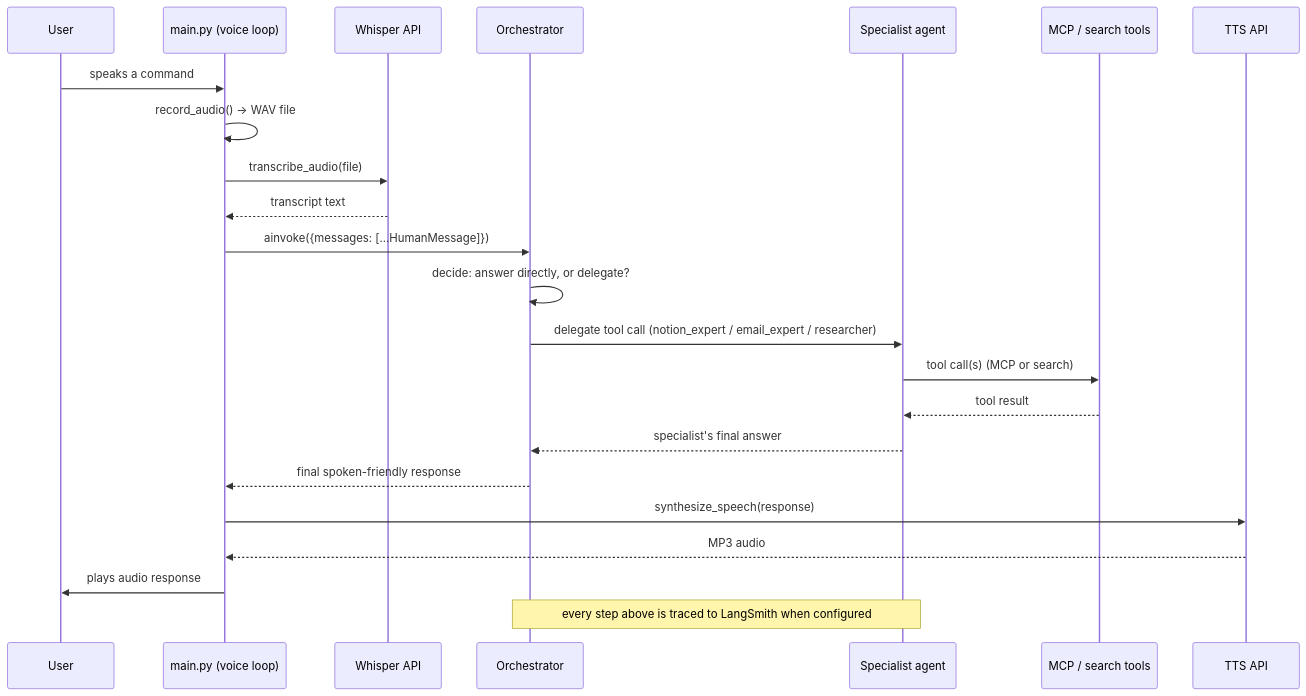
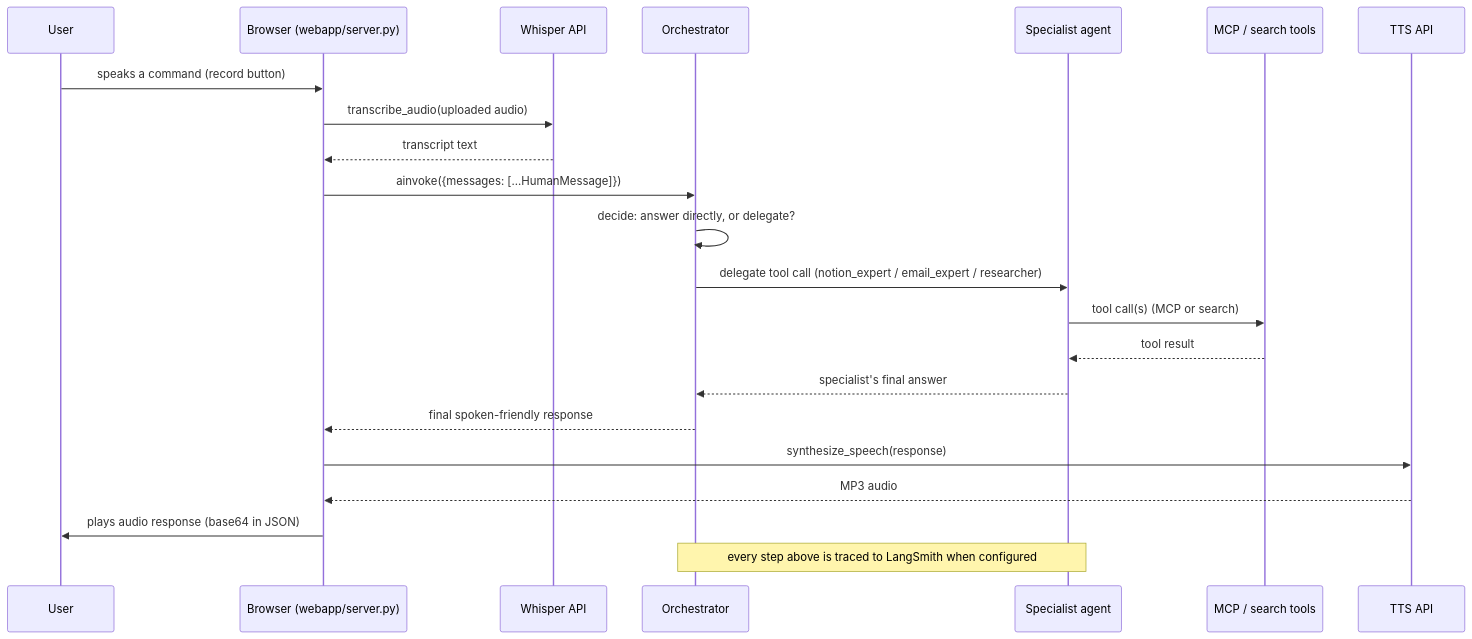
One commit to zahere-dev/langchain-voice-agent-tutorial changed the second of 3 diagrams in README.md. Above: the diagram before and after it, drawn with Mermaid. The commit also changed other lines of this file and 9 other files, not shown here.

First line of the commit message:
Refactor voice_notion_agent: Remove audio I/O, STT, and TTS modules; introduce speech_to_text and text_to_speech modules

````diff
--- a/README.md
+++ b/README.md
@@ -66,27 +66,26 @@
 ```mermaid
 sequenceDiagram
     participant U as User
-    participant M as main.py (voice loop)
+    participant B as Browser (webapp/server.py)
     participant W as Whisper API
     participant O as Orchestrator
     participant SP as Specialist agent
     participant T as MCP / search tools
     participant S as TTS API
 
-    U->>M: speaks a command
-    M->>M: record_audio() -> WAV file
-    M->>W: transcribe_audio(file)
-    W-->>M: transcript text
-    M->>O: ainvoke({messages: [...HumanMessage]})
+    U->>B: speaks a command (record button)
+    B->>W: transcribe_audio(uploaded audio)
+    W-->>B: transcript text
+    B->>O: ainvoke({messages: [...HumanMessage]})
     O->>O: decide: answer directly, or delegate?
     O->>SP: delegate tool call (notion_expert / email_expert / researcher)
     SP->>T: tool call(s) (MCP or search)
     T-->>SP: tool result
     SP-->>O: specialist's final answer
-    O-->>M: final spoken-friendly response
-    M->>S: synthesize_speech(response)
-    S-->>M: MP3 audio
-    M->>U: plays audio response
+    O-->>B: final spoken-friendly response
+    B->>S: synthesize_speech(response)
+    S-->>B: MP3 audio
+    B->>U: plays audio response (base64 in JSON)
 
     Note over O,SP: every step above is traced to LangSmith when configured
 ```
````
